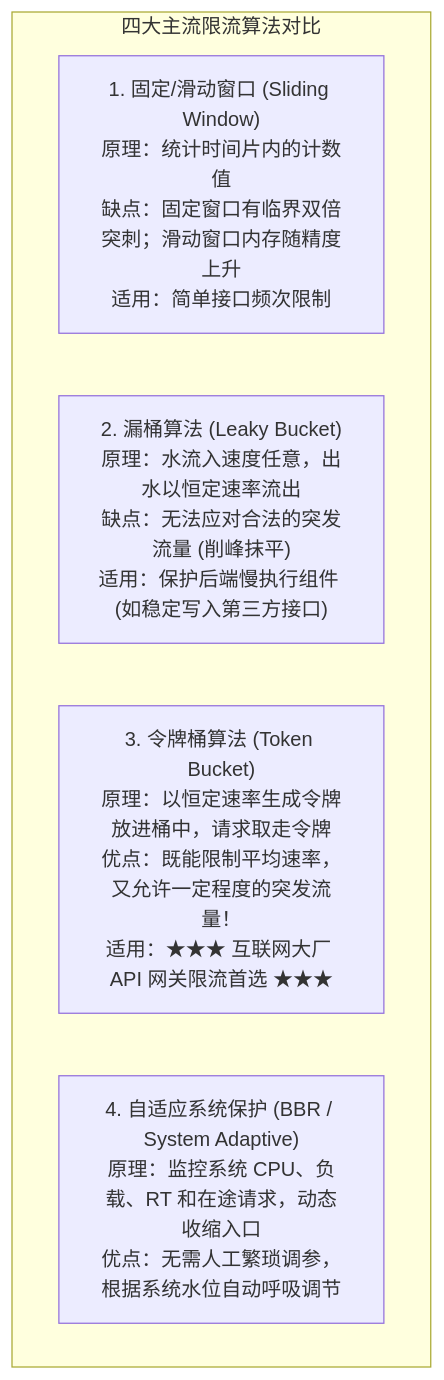
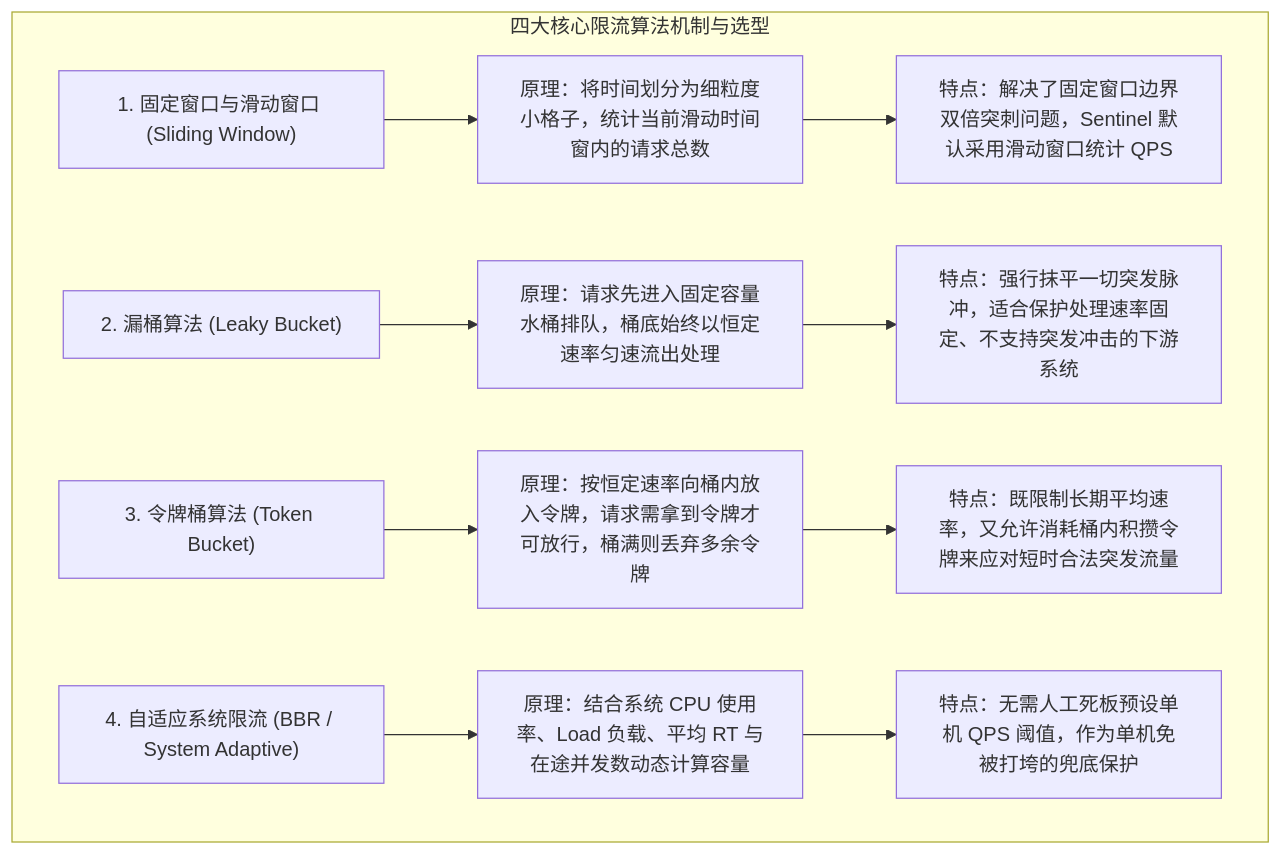
One commit to GuoWWWX/knowledge-base changed the second of 2 diagrams in 20-Java后端/10-知识串联与专题/05-高并发系统的流量保护链路.md. Above: the diagram before and after it, drawn with Mermaid. The commit also changed other lines of this file and 251 other files, not shown here.

````diff
--- a/20-Java后端/10-知识串联与专题/05-高并发系统的流量保护链路.md
+++ b/20-Java后端/10-知识串联与专题/05-高并发系统的流量保护链路.md
@@ -85,9 +89,16 @@
 ```mermaid
-graph TD
-    subgraph "四大主流限流算法对比"
-        Window["1. 固定/滑动窗口 (Sliding Window)<br/>原理：统计时间片内的计数值<br/>缺点：固定窗口有临界双倍突刺；滑动窗口内存随精度上升<br/>适用：简单接口频次限制"]
-        LeakyBucket["2. 漏桶算法 (Leaky Bucket)<br/>原理：水流入速度任意，出水以恒定速率流出<br/>缺点：无法应对合法的突发流量 (削峰抹平)<br/>适用：保护后端慢执行组件 (如稳定写入第三方接口)"]
-        TokenBucket["3. 令牌桶算法 (Token Bucket)<br/>原理：以恒定速率生成令牌放进桶中，请求取走令牌<br/>优点：既能限制平均速率，又允许一定程度的突发流量！<br/>适用：★★★ 互联网大厂 API 网关限流首选 ★★★"]
-        BBR["4. 自适应系统保护 (BBR / System Adaptive)<br/>原理：监控系统 CPU、负载、RT 和在途请求，动态收缩入口<br/>优点：无需人工繁琐调参，根据系统水位自动呼吸调节"]
+flowchart TD
+    subgraph RateLimitAlgorithms["四大核心限流算法机制与选型"]
+        Alg1["1. 固定窗口与滑动窗口 (Sliding Window)"] --> Alg1Desc["原理：将时间划分为细粒度小格子，统计当前滑动时间窗内的请求总数"]
+        Alg1Desc --> Alg1Scene["特点：解决了固定窗口边界双倍突刺问题，Sentinel 默认采用滑动窗口统计 QPS"]
+
+        Alg2["2. 漏桶算法 (Leaky Bucket)"] --> Alg2Desc["原理：请求先进入固定容量水桶排队，桶底始终以恒定速率匀速流出处理"]
+        Alg2Desc --> Alg2Scene["特点：强行抹平一切突发脉冲，适合保护处理速率固定、不支持突发冲击的下游系统"]
+
+        Alg3["3. 令牌桶算法 (Token Bucket)"] --> Alg3Desc["原理：按恒定速率向桶内放入令牌，请求需拿到令牌才可放行，桶满则丢弃多余令牌"]
+        Alg3Desc --> Alg3Scene["特点：既限制长期平均速率，又允许消耗桶内积攒令牌来应对短时合法突发流量"]
+
+        Alg4["4. 自适应系统限流 (BBR / System Adaptive)"] --> Alg4Desc["原理：结合系统 CPU 使用率、Load 负载、平均 RT 与在途并发数动态计算容量"]
+        Alg4Desc --> Alg4Scene["特点：无需人工死板预设单机 QPS 阈值，作为单机免被打垮的兜底保护"]
     end
 ```
````
